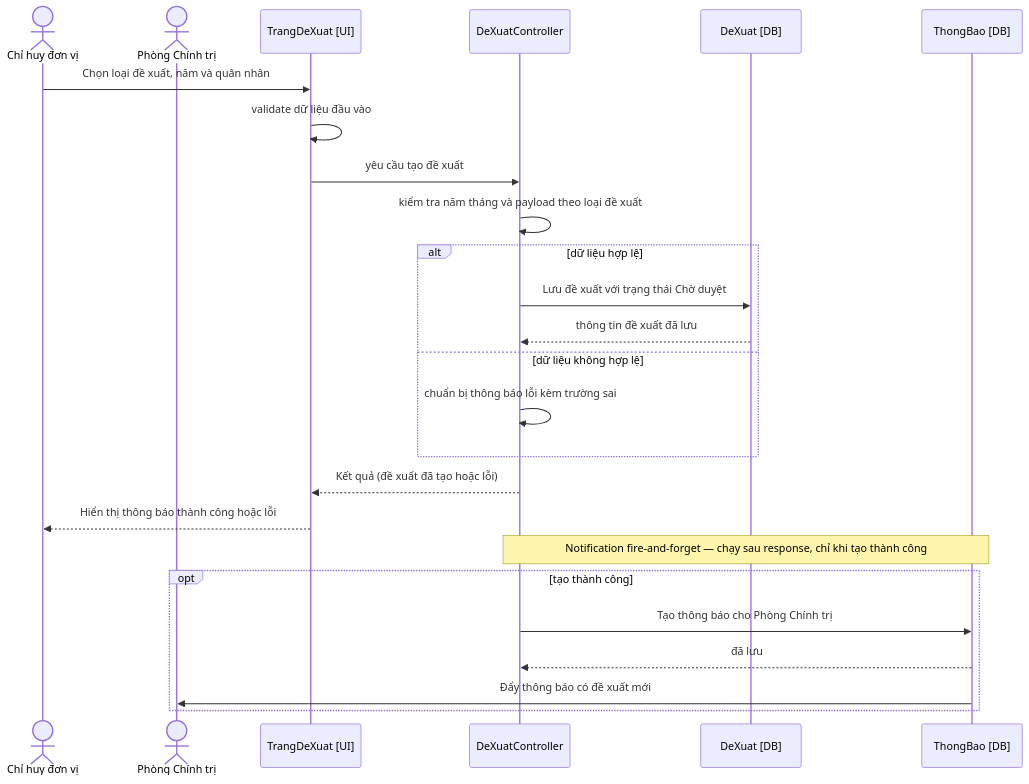
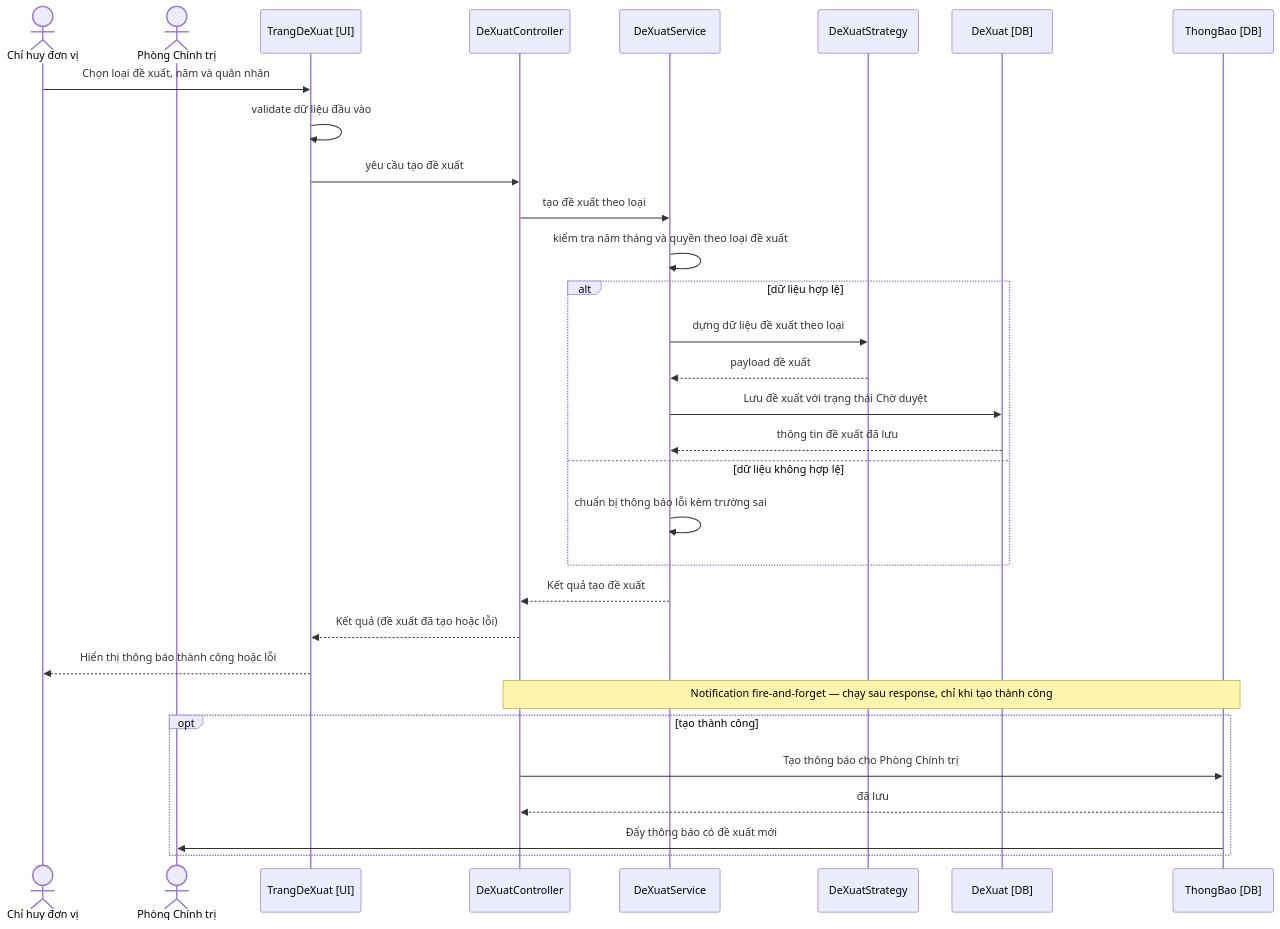
The second of 9 diagrams in docs/diagrams/05-sequence.md (tranducbk/DATN_PM_QLKT), drawn with Mermaid before and after one commit. The commit also changed other lines of this file and 211 other files, not shown here.

````diff
--- a/docs/diagrams/05-sequence.md
+++ b/docs/diagrams/05-sequence.md
@@ -57,31 +57,37 @@
 ```mermaid
 sequenceDiagram
     actor MGR as Chỉ huy đơn vị
     actor ADM as Phòng Chính trị
     participant Page as TrangDeXuat [UI]
     participant Ctrl as DeXuatController
+    participant Svc as DeXuatService
+    participant Strat as DeXuatStrategy
     participant DX as DeXuat [DB]
     participant TB as ThongBao [DB]
 
     MGR->>Page: Chọn loại đề xuất, năm và quân nhân
     Page->>Page: validate dữ liệu đầu vào
     Page->>Ctrl: yêu cầu tạo đề xuất
-    Ctrl->>Ctrl: kiểm tra năm tháng và payload theo loại đề xuất
+    Ctrl->>Svc: tạo đề xuất theo loại
+    Svc->>Svc: kiểm tra năm tháng và quyền theo loại đề xuất
 
     alt dữ liệu hợp lệ
-        Ctrl->>DX: Lưu đề xuất với trạng thái Chờ duyệt
-        DX-->>Ctrl: thông tin đề xuất đã lưu
+        Svc->>Strat: dựng dữ liệu đề xuất theo loại
+        Strat-->>Svc: payload đề xuất
+        Svc->>DX: Lưu đề xuất với trạng thái Chờ duyệt
+        DX-->>Svc: thông tin đề xuất đã lưu
     else dữ liệu không hợp lệ
-        Ctrl->>Ctrl: chuẩn bị thông báo lỗi kèm trường sai
+        Svc->>Svc: chuẩn bị thông báo lỗi kèm trường sai
     end
 
+    Svc-->>Ctrl: Kết quả tạo đề xuất
     Ctrl-->>Page: Kết quả (đề xuất đã tạo hoặc lỗi)
     Page-->>MGR: Hiển thị thông báo thành công hoặc lỗi
 
     Note over Ctrl,TB: Notification fire-and-forget — chạy sau response, chỉ khi tạo thành công
     opt tạo thành công
         Ctrl->>TB: Tạo thông báo cho Phòng Chính trị
         TB-->>Ctrl: đã lưu
         TB->>ADM: Đẩy thông báo có đề xuất mới
     end
 ```
````
